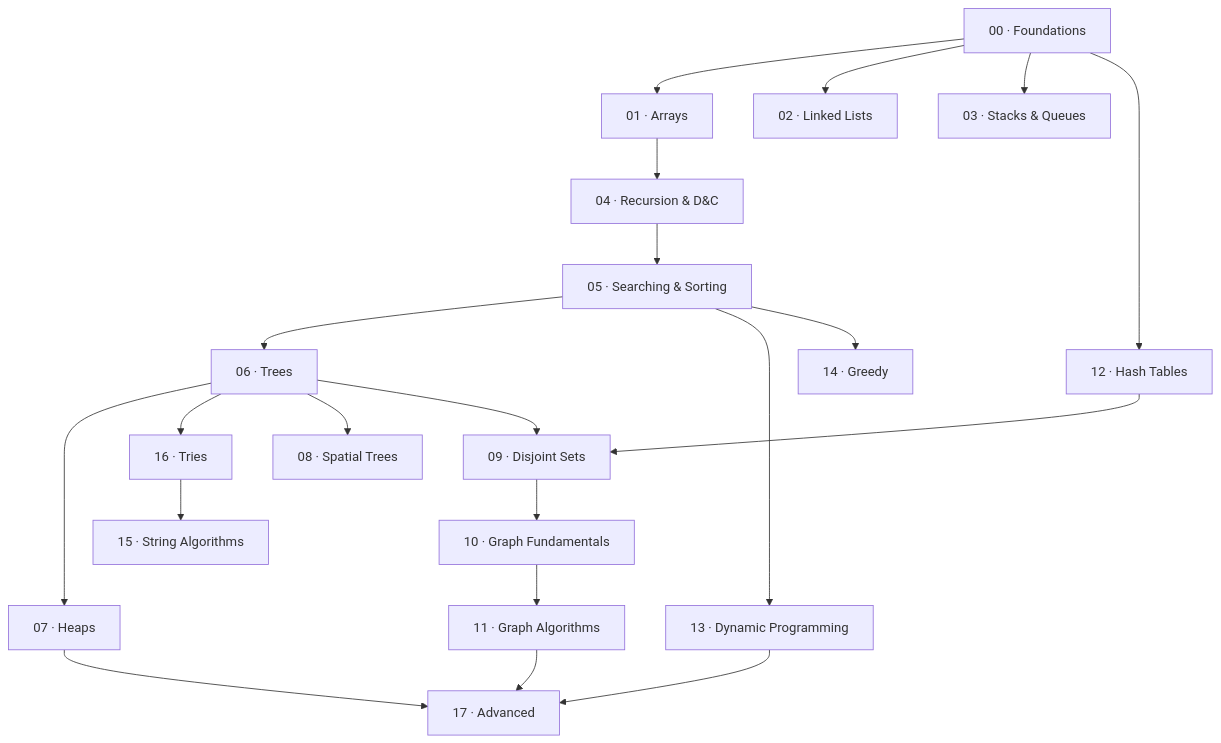
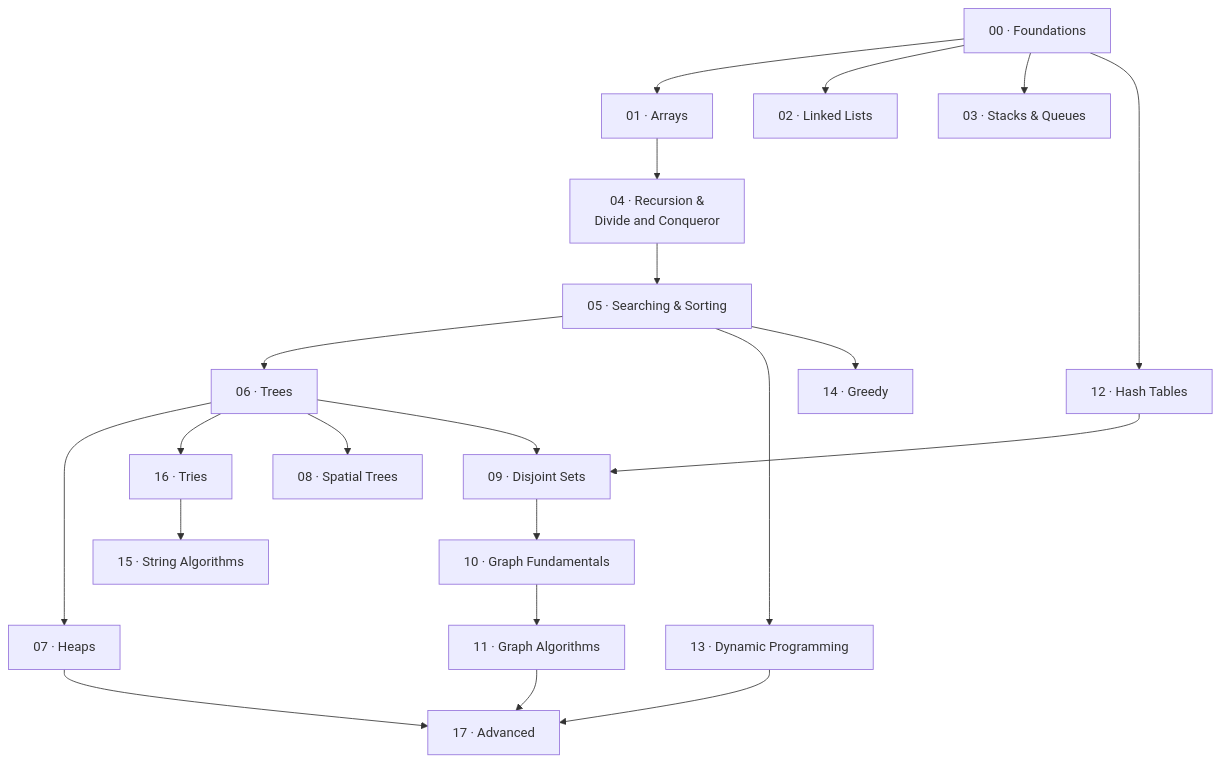
One commit to kidskoding/dsa changed the diagram in src/README.md. Above: the diagram before and after it, drawn with Mermaid. The commit also changed other lines of this file and 1 other file, not shown here.

First line of the commit message:
fix(book): valid two-line roadmap node + fit diagram to page width

````diff
--- a/src/README.md
+++ b/src/README.md
@@ -14,24 +14,24 @@
 ```mermaid
 graph TD
     F["00 · Foundations"]
     F --> A["01 · Arrays"]
     F --> LL["02 · Linked Lists"]
     F --> SQ["03 · Stacks & Queues"]
     F --> HT["12 · Hash Tables"]
-    A --> RC["04 · Recursion & D&C"]
+    A --> RC["04 · Recursion &<br/>Divide and Conqueror"]
     RC --> SS["05 · Searching & Sorting"]
     SS --> TR["06 · Trees"]
     TR --> HE["07 · Heaps"]
     TR --> TRI["16 · Tries"]
     TR --> SPT["08 · Spatial Trees"]
     HT --> DSU["09 · Disjoint Sets"]
     TR --> DSU
     DSU --> GF["10 · Graph Fundamentals"]
     GF --> GA["11 · Graph Algorithms"]
     SS --> DP["13 · Dynamic Programming"]
     SS --> GR["14 · Greedy"]
     TRI --> STR["15 · String Algorithms"]
     HE --> ADV["17 · Advanced"]
     GA --> ADV
     DP --> ADV
 ```
````
